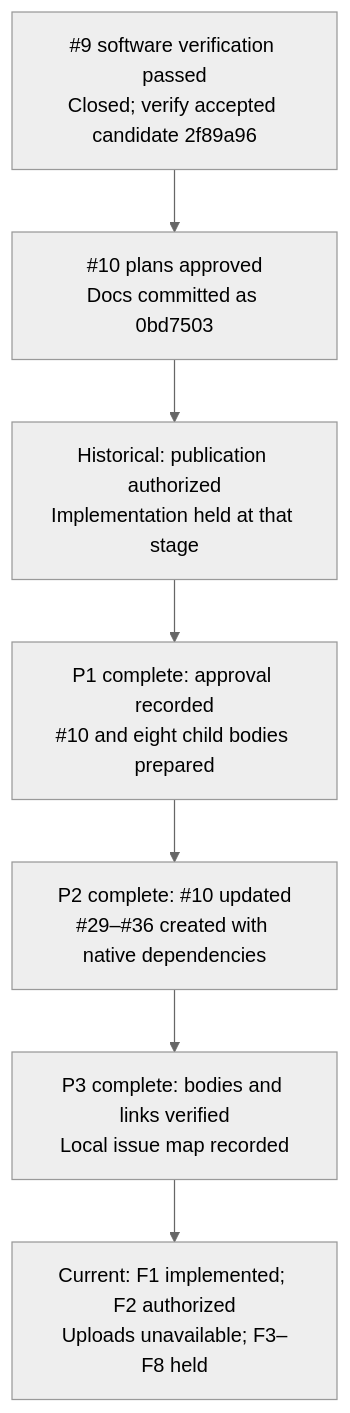
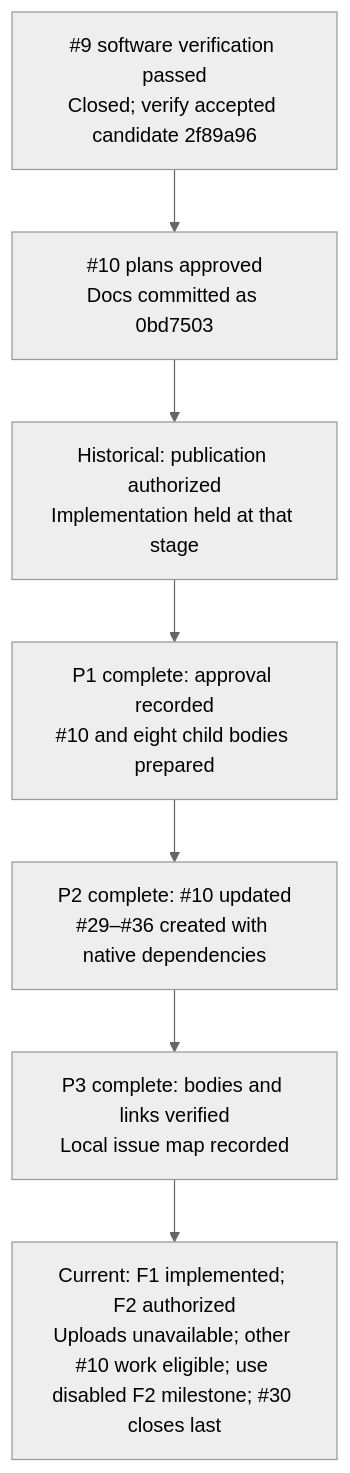
The second of 3 diagrams in docs/diagrams/issue-10-implementation-tasks.md (noelorph/diy-instax-photobooth), drawn with Mermaid (neutral theme) before and after one commit. The commit also changed other lines of this file and 40 other files, not shown here.

Commit message:
docs: sequence full F2 last while uploads stay unavailable

````diff
--- a/docs/diagrams/issue-10-implementation-tasks.md
+++ b/docs/diagrams/issue-10-implementation-tasks.md
@@ -26,11 +26,11 @@
 ```mermaid
 flowchart TD
   NINE["#9 software verification passed<br/>Closed; verify accepted candidate 2f89a96"]
   APPROVAL["#10 plans approved<br/>Docs committed as 0bd7503"]
   P1["P1 complete: approval recorded<br/>#10 and eight child bodies prepared"]
   P2["P2 complete: #10 updated<br/>#29–#36 created with native dependencies"]
   P3["P3 complete: bodies and links verified<br/>Local issue map recorded"]
-  AUTH["Current: F1 implemented; F2 authorized<br/>Uploads unavailable; F3–F8 held"]
+  AUTH["Current: F1 implemented; F2 authorized<br/>Uploads unavailable; other #10 work eligible; use disabled F2 milestone; #30 closes last"]
   PUBLISH["Historical: publication authorized<br/>Implementation held at that stage"]
   NINE --> APPROVAL --> PUBLISH --> P1 --> P2 --> P3 --> AUTH
 ```
````
